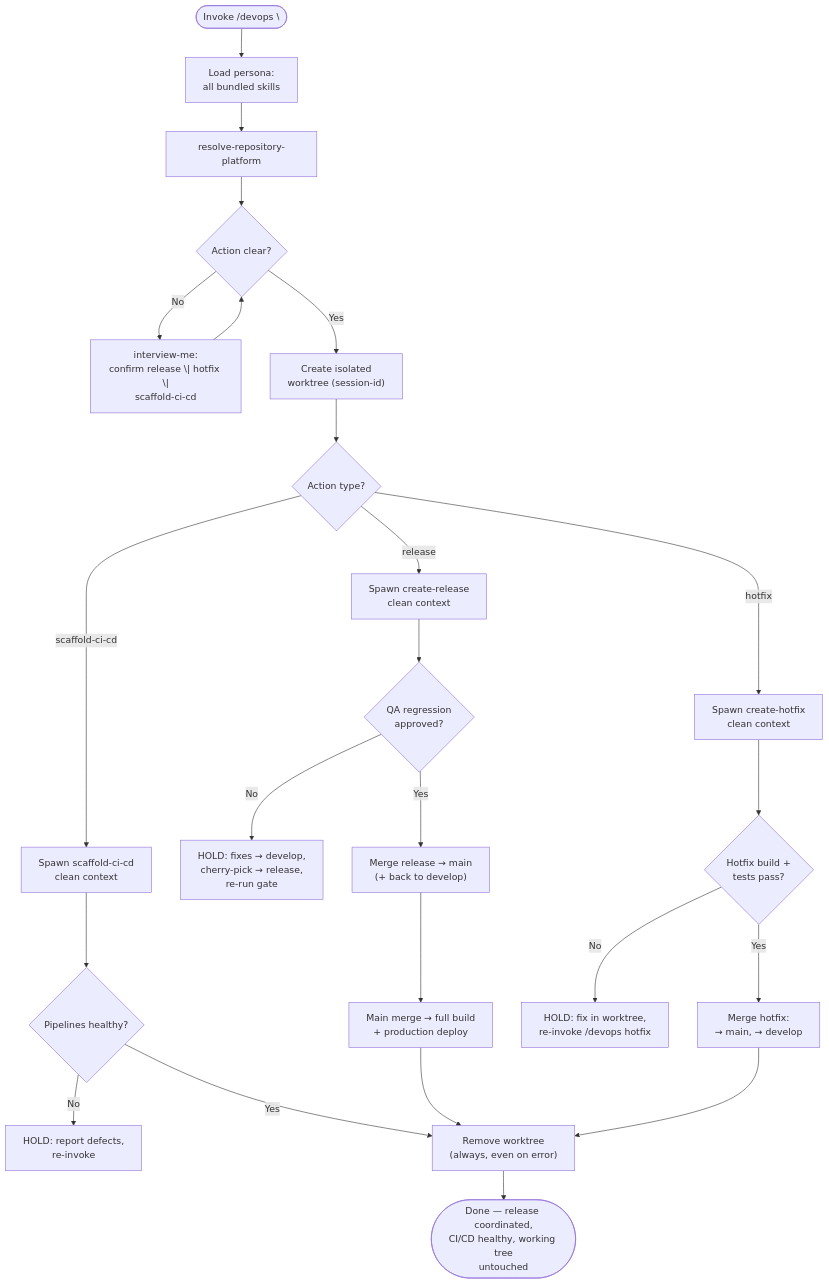
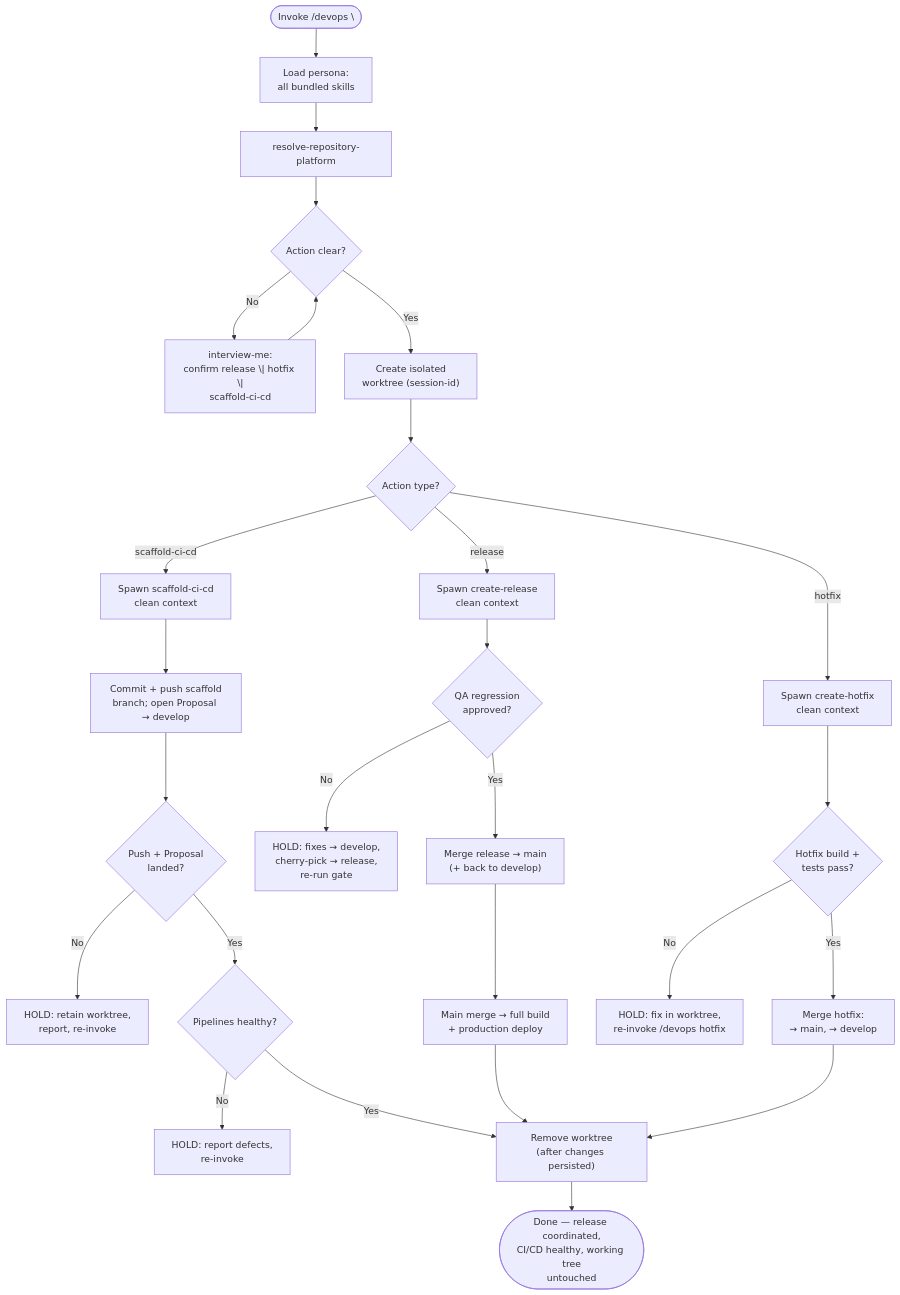
The diagram in skills/devops/SKILL.md (MegaByteMark/skills-to-pay-the-ai-bills), drawn with Mermaid before and after one commit. The commit also changed other lines of this file and 5 other files, not shown here.

````diff
--- a/skills/devops/SKILL.md
+++ b/skills/devops/SKILL.md
@@ -27,26 +27,29 @@
 ```mermaid
 flowchart TD
     START(["Invoke /devops \<context\>"]) --> LOAD["Load persona:<br>all bundled skills"]
     LOAD --> PLATFORM["resolve-repository-platform"]
     PLATFORM --> ACTION{Action clear?}
     ACTION -->|No| CLARIFY["interview-me:<br>confirm release \| hotfix \|<br>scaffold-ci-cd"]
     CLARIFY --> ACTION
     ACTION -->|Yes| WORKTREE["Create isolated<br>worktree (session-id)"]
     WORKTREE --> ROUTE{Action type?}
     ROUTE -->|scaffold-ci-cd| SPAWN_CI["Spawn scaffold-ci-cd<br>clean context"]
     ROUTE -->|release| SPAWN_REL["Spawn create-release<br>clean context"]
     ROUTE -->|hotfix| SPAWN_HOT["Spawn create-hotfix<br>clean context"]
-    SPAWN_CI --> VERIFY_CI{Pipelines healthy?}
+    SPAWN_CI --> PUSH_CI["Commit + push scaffold<br>branch; open Proposal → develop"]
+    PUSH_CI --> PUSHED{Push + Proposal<br>landed?}
+    PUSHED -->|No| HOLD_PUSH["HOLD: retain worktree,<br>report, re-invoke"]
+    PUSHED -->|Yes| VERIFY_CI{Pipelines healthy?}
     VERIFY_CI -->|No| HOLD_CI["HOLD: report defects,<br>re-invoke"]
     VERIFY_CI -->|Yes| CLEANUP
     SPAWN_REL --> GATE{QA regression<br>approved?}
     GATE -->|No| HOLD_REL["HOLD: fixes → develop,<br>cherry-pick → release,<br>re-run gate"]
     GATE -->|Yes| MERGE_REL["Merge release → main<br>(+ back to develop)"]
     MERGE_REL --> PROD["Main merge → full build<br>+ production deploy"]
     PROD --> CLEANUP
     SPAWN_HOT --> VALIDATE{Hotfix build +<br>tests pass?}
     VALIDATE -->|No| HOLD_HOT["HOLD: fix in worktree,<br>re-invoke /devops hotfix"]
     VALIDATE -->|Yes| MERGE_HOT["Merge hotfix:<br>→ main, → develop"]
     MERGE_HOT --> CLEANUP
-    CLEANUP["Remove worktree<br>(always, even on error)"] --> DONE(["Done — release coordinated,<br>CI/CD healthy, working tree<br>untouched"])
+    CLEANUP["Remove worktree<br>(after changes persisted)"] --> DONE(["Done — release coordinated,<br>CI/CD healthy, working tree<br>untouched"])
 ```
````
